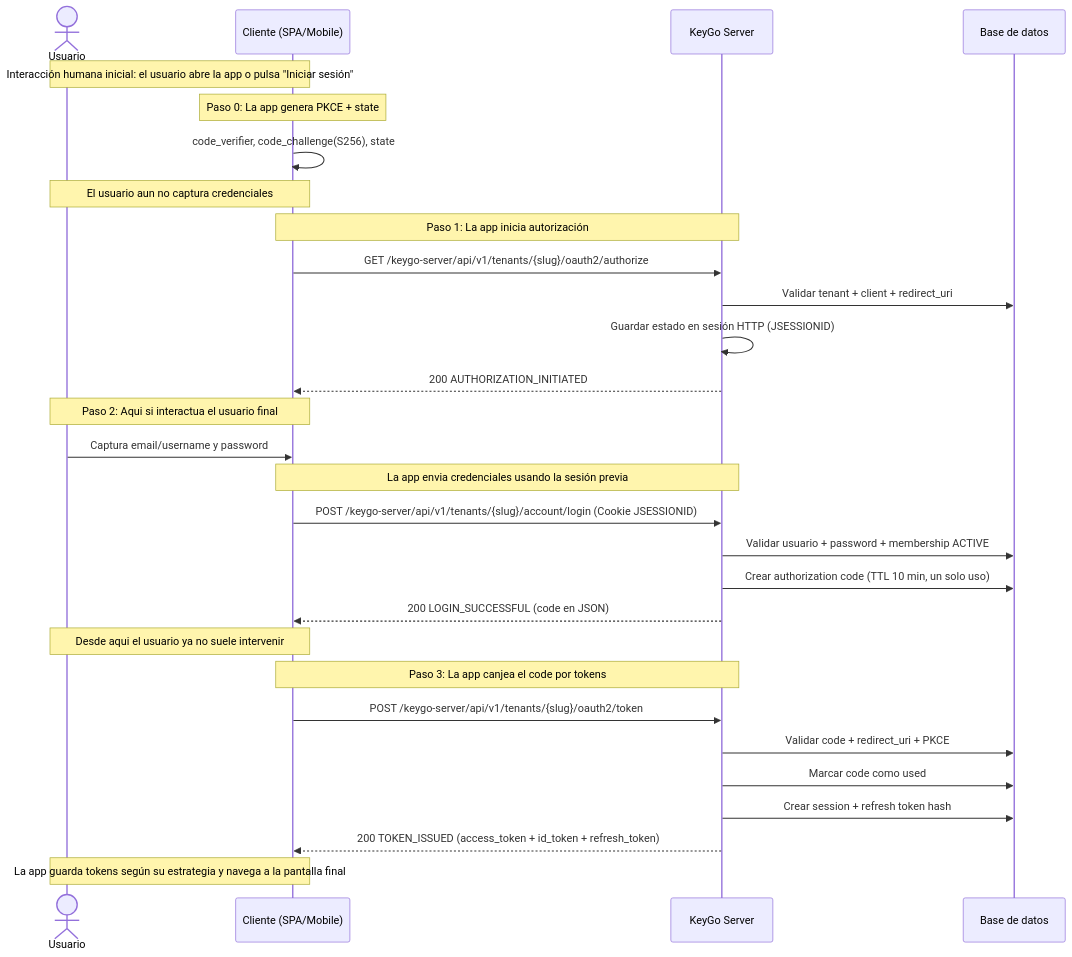
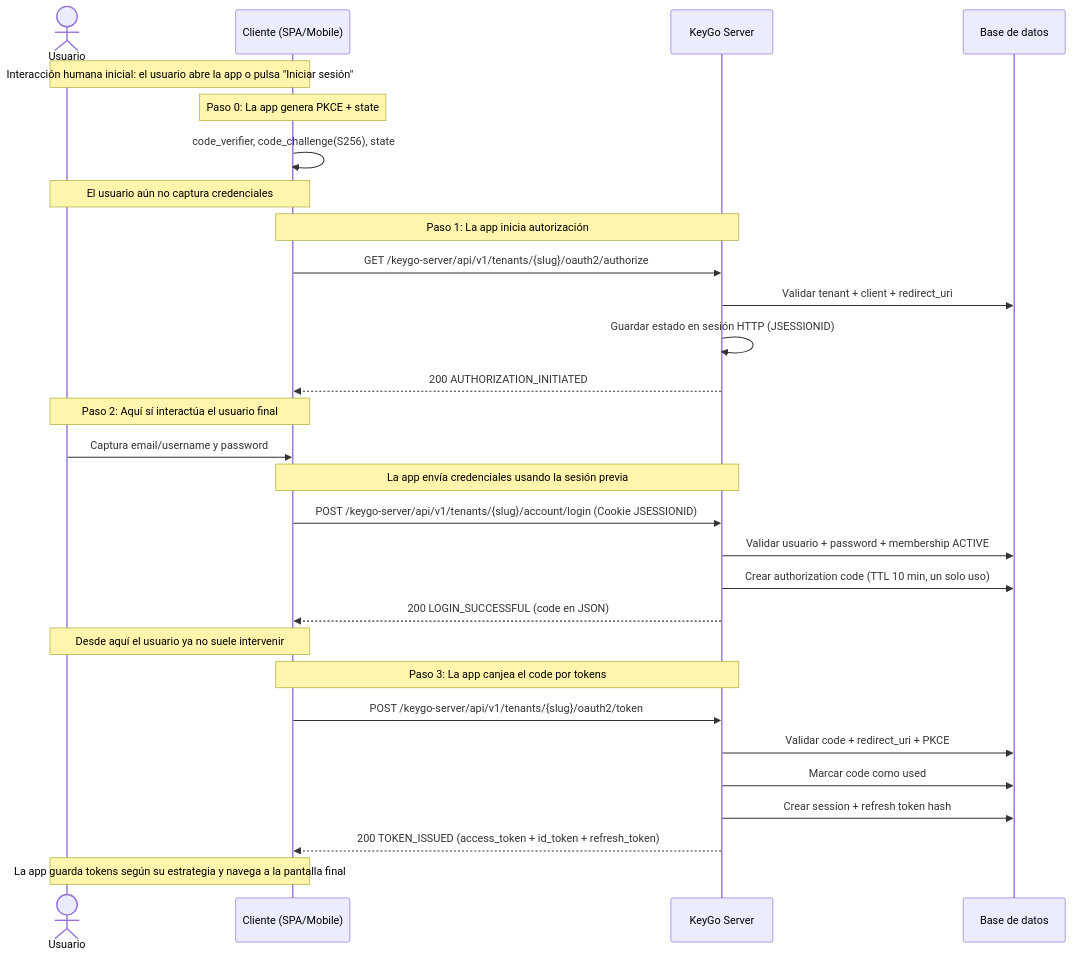
The fifth of 7 diagrams in docs/api/AUTH_FLOW.md (cmartinezs/keygo-server), drawn with Mermaid before and after one commit. The commit also changed other lines of this file and 23 other files, not shown here.

````diff
--- a/docs/api/AUTH_FLOW.md
+++ b/docs/api/AUTH_FLOW.md
@@ -650,36 +650,36 @@
 ```mermaid
 sequenceDiagram
     actor U as Usuario
     participant C as Cliente (SPA/Mobile)
     participant K as KeyGo Server
     participant DB as Base de datos
 
     Note over U,C: Interacción humana inicial: el usuario abre la app o pulsa "Iniciar sesión"
     Note over C: Paso 0: La app genera PKCE + state
     C->>C: code_verifier, code_challenge(S256), state
 
-    Note over U,C: El usuario aun no captura credenciales
+    Note over U,C: El usuario aún no captura credenciales
     Note over C,K: Paso 1: La app inicia autorización
     C->>K: GET /keygo-server/api/v1/tenants/{slug}/oauth2/authorize
     K->>DB: Validar tenant + client + redirect_uri
     K->>K: Guardar estado en sesión HTTP (JSESSIONID)
     K-->>C: 200 AUTHORIZATION_INITIATED
 
-    Note over U,C: Paso 2: Aqui si interactua el usuario final
+    Note over U,C: Paso 2: Aquí sí interactúa el usuario final
     U->>C: Captura email/username y password
-    Note over C,K: La app envia credenciales usando la sesión previa
+    Note over C,K: La app envía credenciales usando la sesión previa
     C->>K: POST /keygo-server/api/v1/tenants/{slug}/account/login (Cookie JSESSIONID)
     K->>DB: Validar usuario + password + membership ACTIVE
     K->>DB: Crear authorization code (TTL 10 min, un solo uso)
     K-->>C: 200 LOGIN_SUCCESSFUL (code en JSON)
 
-    Note over U,C: Desde aqui el usuario ya no suele intervenir
+    Note over U,C: Desde aquí el usuario ya no suele intervenir
     Note over C,K: Paso 3: La app canjea el code por tokens
     C->>K: POST /keygo-server/api/v1/tenants/{slug}/oauth2/token
     K->>DB: Validar code + redirect_uri + PKCE
     K->>DB: Marcar code como used
     K->>DB: Crear session + refresh token hash
     K-->>C: 200 TOKEN_ISSUED (access_token + id_token + refresh_token)
 
     Note over C,U: La app guarda tokens según su estrategia y navega a la pantalla final
 ```
````
